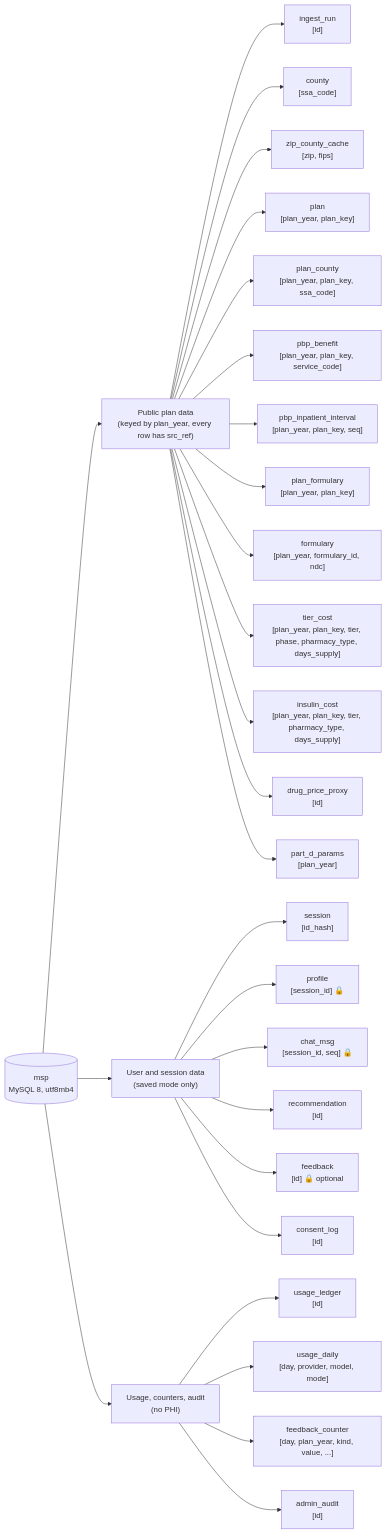
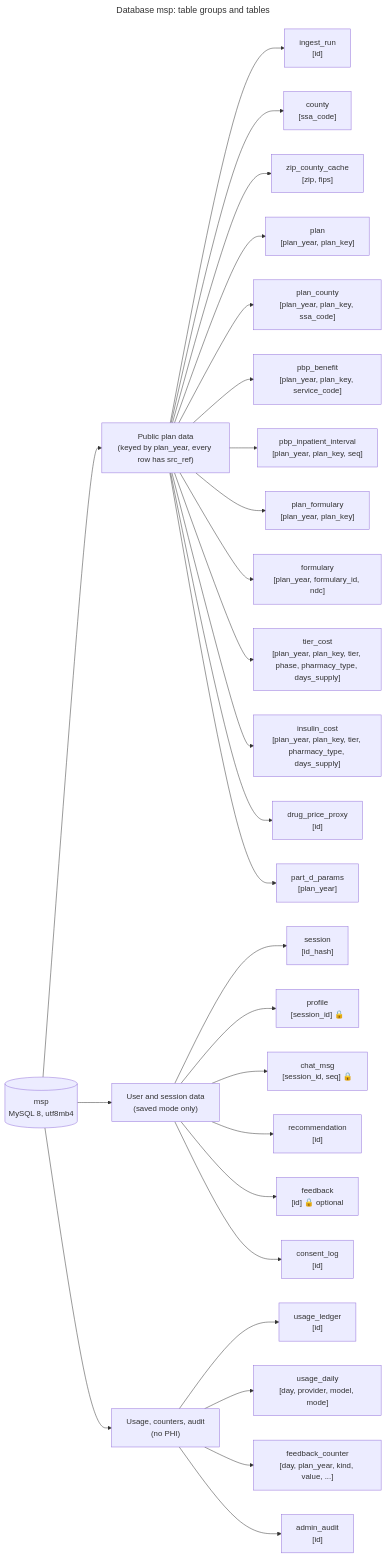
Before and after one commit to thomas-choi/medicare-plan-selector: the third of 5 diagrams in docs/design/DESIGN.md, drawn with Mermaid. The commit also changed other lines of this file, not shown here.

Commit message:
docs(design): name database msp in data model diagram titles

````diff
--- a/docs/design/DESIGN.md
+++ b/docs/design/DESIGN.md
@@ -135,34 +135,37 @@
 ```mermaid
+---
+title: "Database msp: table groups and tables"
+---
 flowchart LR
     DB[("msp<br/>MySQL 8, utf8mb4")]
 
     DB --> PUB["Public plan data<br/>(keyed by plan_year, every row has src_ref)"]
     DB --> USR["User and session data<br/>(saved mode only)"]
     DB --> OPS["Usage, counters, audit<br/>(no PHI)"]
 
     PUB --> ingest_run["ingest_run<br/>[id]"]
     PUB --> county["county<br/>[ssa_code]"]
     PUB --> zip_county_cache["zip_county_cache<br/>[zip, fips]"]
     PUB --> plan["plan<br/>[plan_year, plan_key]"]
     PUB --> plan_county["plan_county<br/>[plan_year, plan_key, ssa_code]"]
     PUB --> pbp_benefit["pbp_benefit<br/>[plan_year, plan_key, service_code]"]
     PUB --> pbp_inpatient_interval["pbp_inpatient_interval<br/>[plan_year, plan_key, seq]"]
     PUB --> plan_formulary["plan_formulary<br/>[plan_year, plan_key]"]
     PUB --> formulary["formulary<br/>[plan_year, formulary_id, ndc]"]
     PUB --> tier_cost["tier_cost<br/>[plan_year, plan_key, tier, phase, pharmacy_type, days_supply]"]
     PUB --> insulin_cost["insulin_cost<br/>[plan_year, plan_key, tier, pharmacy_type, days_supply]"]
     PUB --> drug_price_proxy["drug_price_proxy<br/>[id]"]
     PUB --> part_d_params["part_d_params<br/>[plan_year]"]
 
     USR --> session["session<br/>[id_hash]"]
     USR --> profile["profile<br/>[session_id] 🔒"]
     USR --> chat_msg["chat_msg<br/>[session_id, seq] 🔒"]
     USR --> recommendation["recommendation<br/>[id]"]
     USR --> feedback["feedback<br/>[id] 🔒 optional"]
     USR --> consent_log["consent_log<br/>[id]"]
 
     OPS --> usage_ledger["usage_ledger<br/>[id]"]
     OPS --> usage_daily["usage_daily<br/>[day, provider, model, mode]"]
     OPS --> feedback_counter["feedback_counter<br/>[day, plan_year, kind, value, ...]"]
     OPS --> admin_audit["admin_audit<br/>[id]"]
 ```
````
